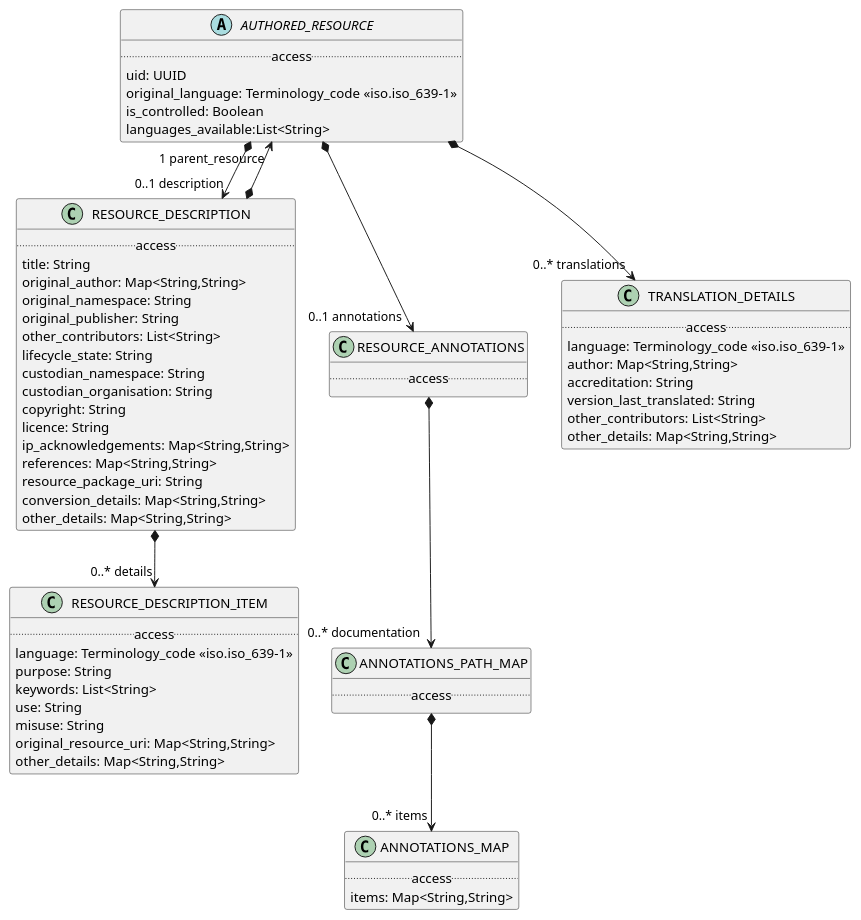
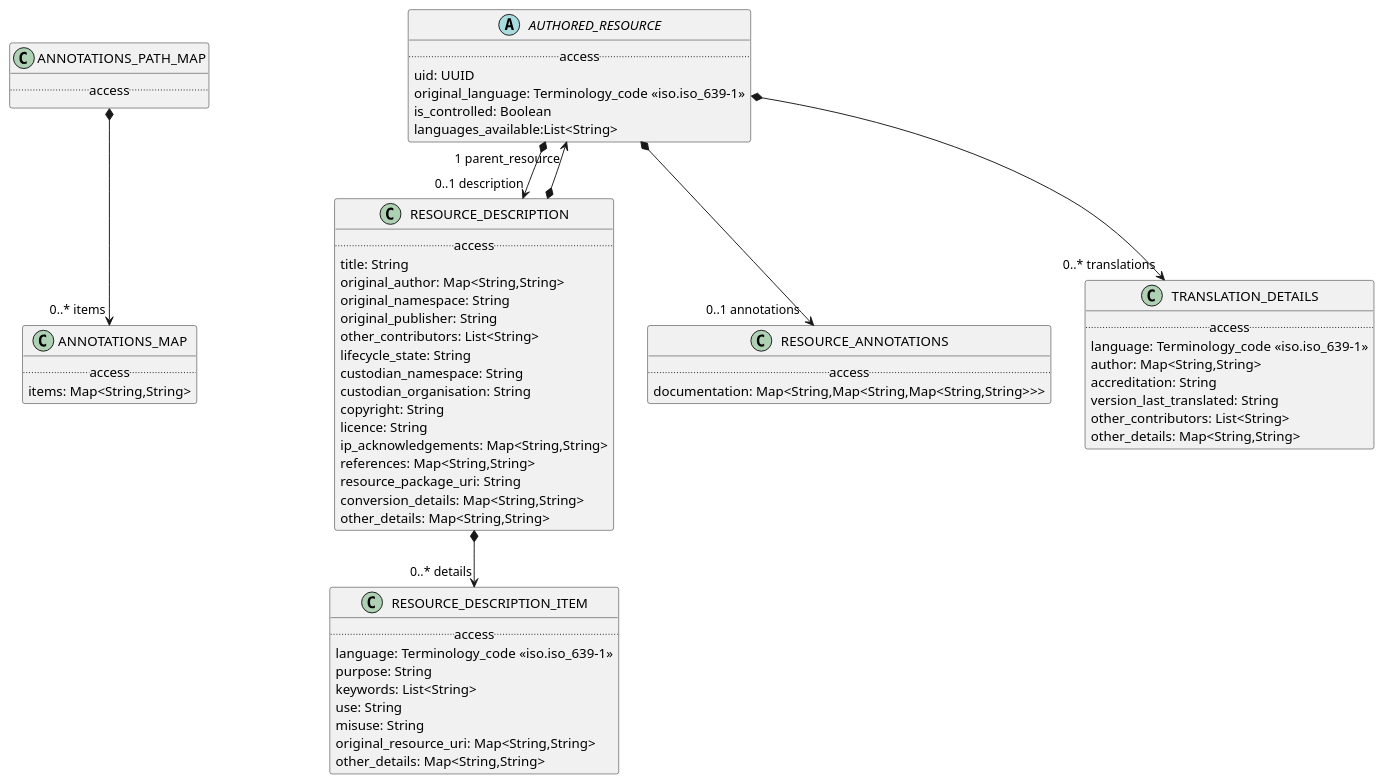
One commit to wolandscat/openehr-doc changed the diagram in modules/ROOT/examples/bmm/infostructure/resource/resource-package-uml.adoc. Above: the diagram before and after it, drawn with PlantUML. The commit also changed 18 other files, not shown here.

```diff
--- a/modules/ROOT/examples/bmm/infostructure/resource/resource-package-uml.adoc
+++ b/modules/ROOT/examples/bmm/infostructure/resource/resource-package-uml.adoc
@@ -71,10 +71,9 @@
 
 class RESOURCE_ANNOTATIONS [[/openehr-doc/latest/infostructure/resource-gen.html#_class_resource_annotations]] {
         .. access ..
+        documentation: Map<String,Map<String,Map<String,String>>>
 }
 
-
-RESOURCE_ANNOTATIONS *--> "0..* documentation" ANNOTATIONS_PATH_MAP
 
 class RESOURCE_DESCRIPTION_ITEM [[/openehr-doc/latest/infostructure/resource-gen.html#_class_resource_description_item]] {
         .. access ..
```
